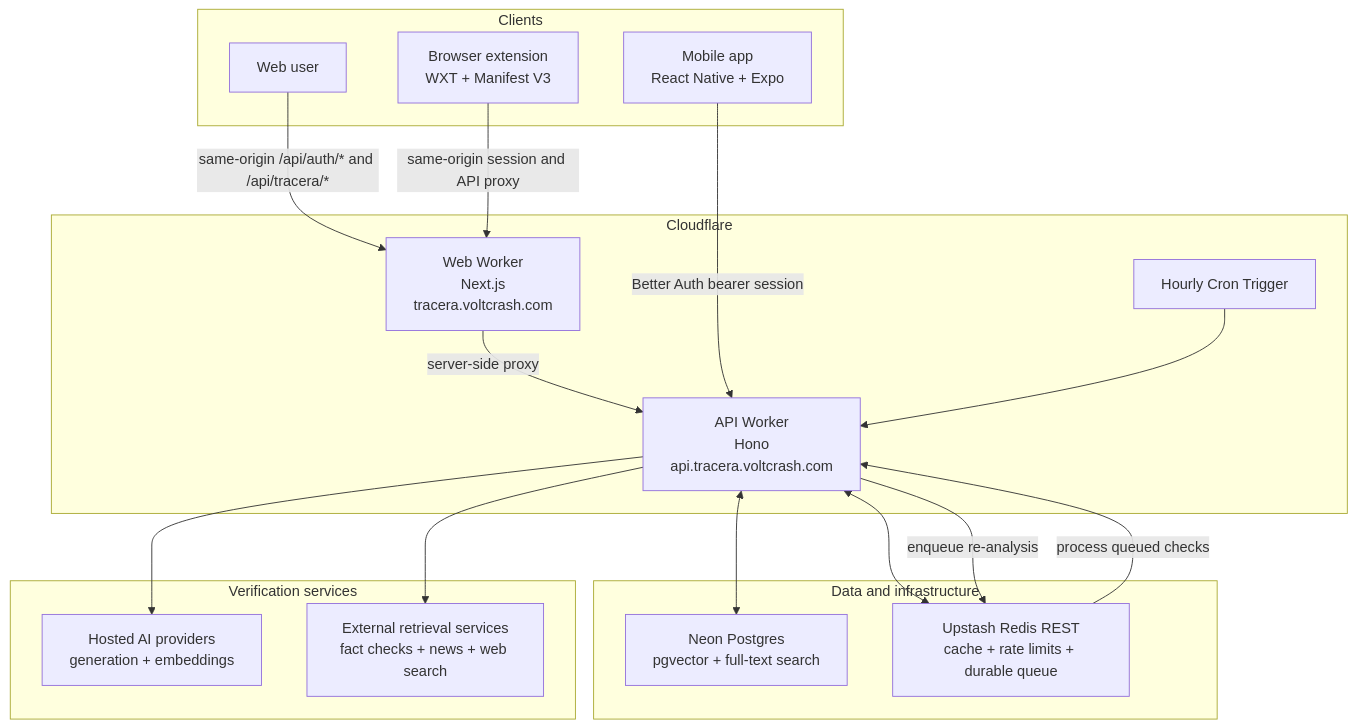
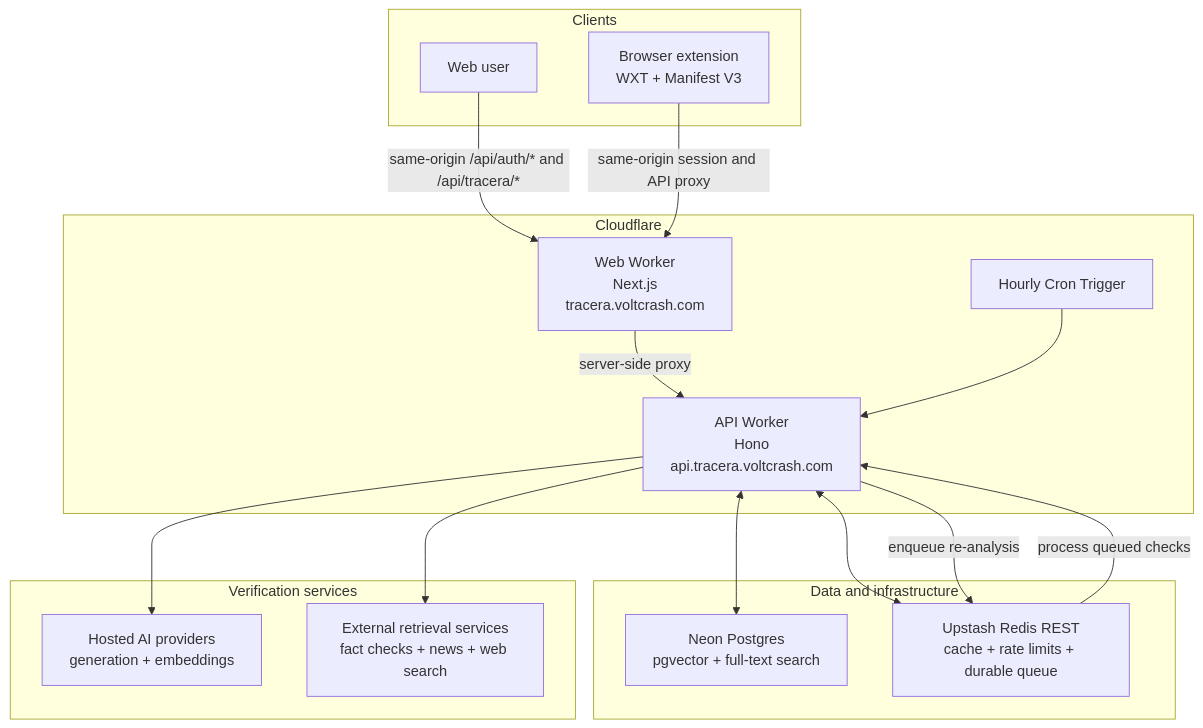
The diagram in README.md (voltcrash/tracera), drawn with Mermaid before and after one commit. The commit also changed other lines of this file and 17 other files, not shown here.

Commit message:
refactor: remove Expo mobile app

````diff
--- a/README.md
+++ b/README.md
@@ -65,38 +63,35 @@
 ```mermaid
 flowchart TB
     subgraph Clients
         User["Web user"]
-        Mobile["Mobile app<br/>React Native + Expo"]
         Extension["Browser extension<br/>WXT + Manifest V3"]
     end
 
     subgraph Cloudflare["Cloudflare"]
         Web["Web Worker<br/>Next.js<br/>tracera.voltcrash.com"]
         API["API Worker<br/>Hono<br/>api.tracera.voltcrash.com"]
         Cron["Hourly Cron Trigger"]
     end
 
     subgraph Data["Data and infrastructure"]
         Neon["Neon Postgres<br/>pgvector + full-text search"]
         Upstash["Upstash Redis REST<br/>cache + rate limits + durable queue"]
     end
 
     subgraph Intelligence["Verification services"]
         AI["Hosted AI providers<br/>generation + embeddings"]
         Retrieval["External retrieval services<br/>fact checks + news + web search"]
     end
 
     User -->|same-origin /api/auth/* and /api/tracera/*| Web
     Extension -->|same-origin session and API proxy| Web
     Web -->|server-side proxy| API
-    Mobile -->|Better Auth bearer session| API
-
     API <--> Neon
     API <--> Upstash
     API --> AI
     API --> Retrieval
 
     Cron --> API
     API -->|enqueue re-analysis| Upstash
     Upstash -->|process queued checks| API
 ```
````
